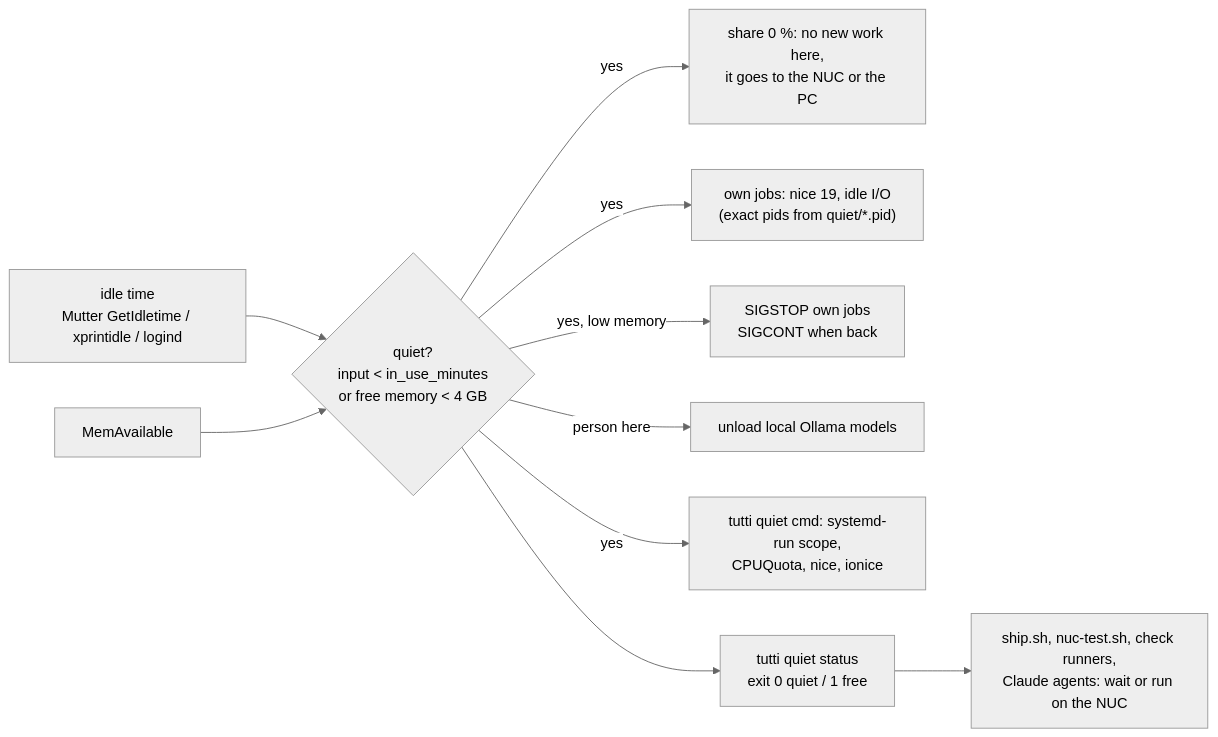
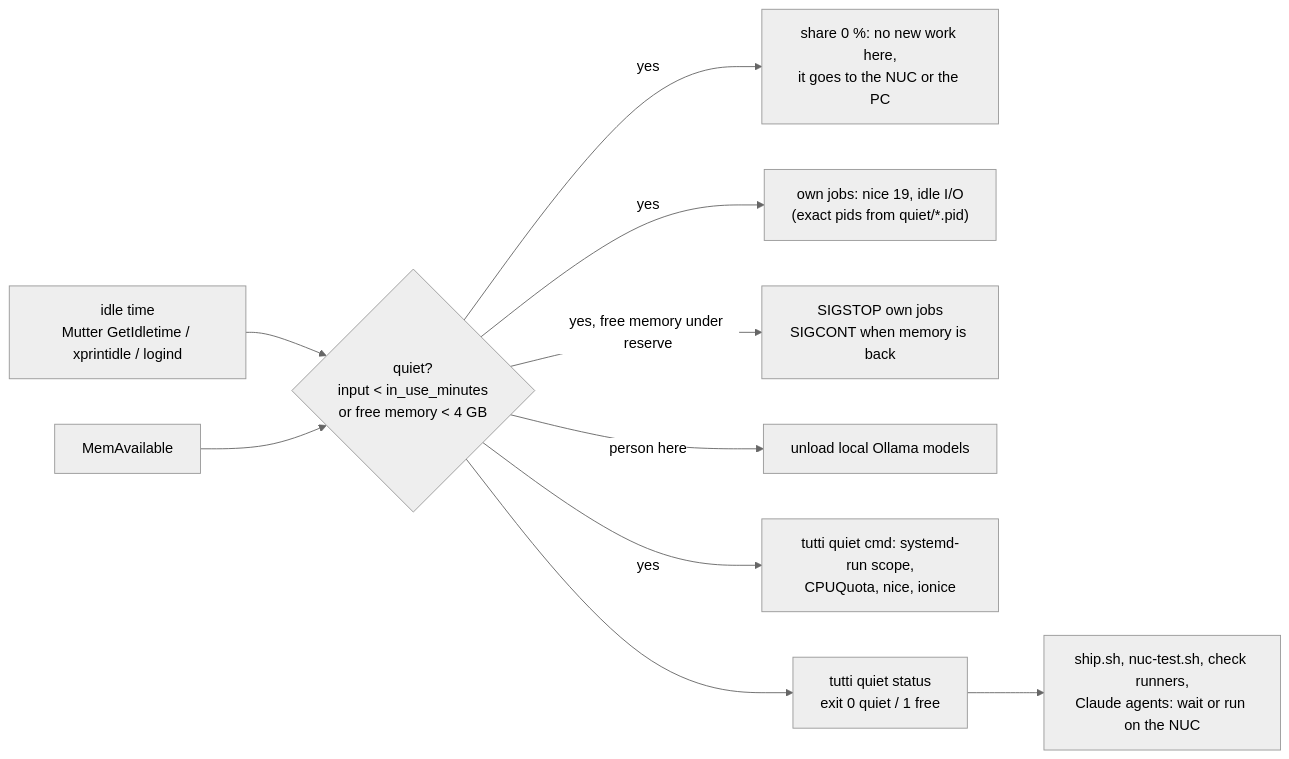
The sixth of 6 diagrams in docs/ARCHITECTURE.md (ventura8/Tutti), drawn with Mermaid (neutral theme) before and after one commit. The commit also changed 16 other files, not shown here.

````diff
--- a/docs/ARCHITECTURE.md
+++ b/docs/ARCHITECTURE.md
@@ -224,12 +224,12 @@
 ```mermaid
 flowchart LR
     idle["idle time<br/>Mutter GetIdletime / xprintidle / logind"] --> st{"quiet?<br/>input < in_use_minutes<br/>or free memory < 4 GB"}
     mem["MemAvailable"] --> st
     st -- yes --> share["share 0 %: no new work here,<br/>it goes to the NUC or the PC"]
     st -- yes --> calm["own jobs: nice 19, idle I/O<br/>(exact pids from quiet/*.pid)"]
-    st -- "yes, low memory" --> stop["SIGSTOP own jobs<br/>SIGCONT when back"]
+    st -- "yes, free memory under reserve" --> stop["SIGSTOP own jobs<br/>SIGCONT when memory is back"]
     st -- "person here" --> ollama["unload local Ollama models"]
     st -- yes --> wrap["tutti quiet cmd: systemd-run scope,<br/>CPUQuota, nice, ionice"]
     st --> sig["tutti quiet status<br/>exit 0 quiet / 1 free"]
     sig --> tools["ship.sh, nuc-test.sh, check runners,<br/>Claude agents: wait or run on the NUC"]
 ```
````
